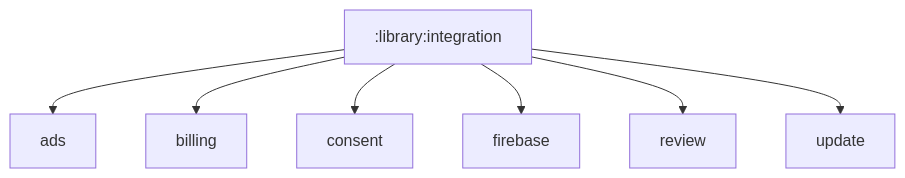
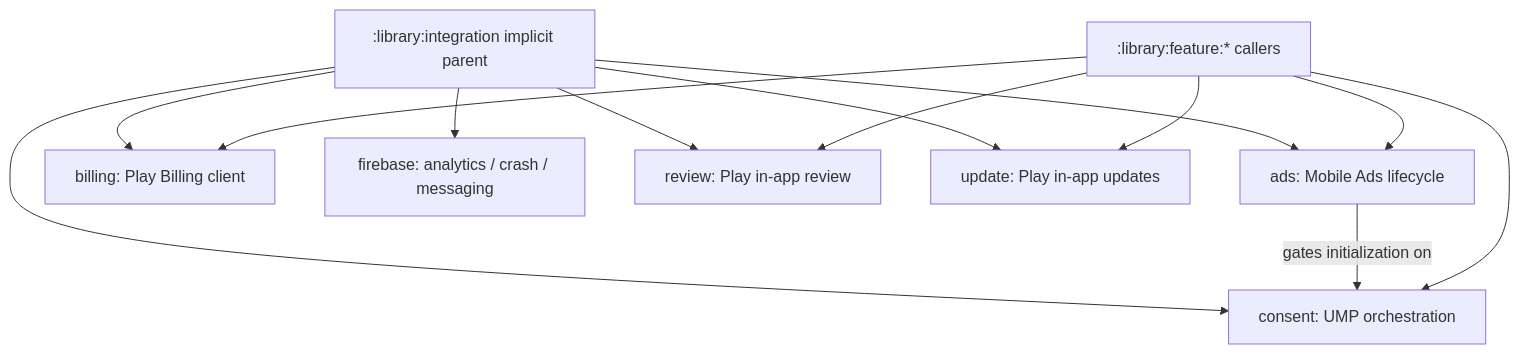
One commit to MihaiCristianCondrea/App-Toolkit-for-Android changed the diagram in library/integration/README.md. Above: the diagram before and after it, drawn with Mermaid. The commit also changed other lines of this file and 57 other files, not shown here.

````diff
--- a/library/integration/README.md
+++ b/library/integration/README.md
@@ -28,9 +28,15 @@
 ```mermaid
 flowchart TD
-    Parent[":library:integration"] --> Ads[ads]
-    Parent --> Billing[billing]
-    Parent --> Consent[consent]
-    Parent --> Firebase[firebase]
-    Parent --> Review[review]
-    Parent --> Update[update]
+    Parent[":library:integration implicit parent"] --> Ads["ads: Mobile Ads lifecycle"]
+    Parent --> Billing["billing: Play Billing client"]
+    Parent --> Consent["consent: UMP orchestration"]
+    Parent --> Firebase["firebase: analytics / crash / messaging"]
+    Parent --> Review["review: Play in-app review"]
+    Parent --> Update["update: Play in-app updates"]
+    Ads -->|gates initialization on| Consent
+    Features[":library:feature:* callers"] --> Ads
+    Features --> Billing
+    Features --> Consent
+    Features --> Review
+    Features --> Update
 ```
````
